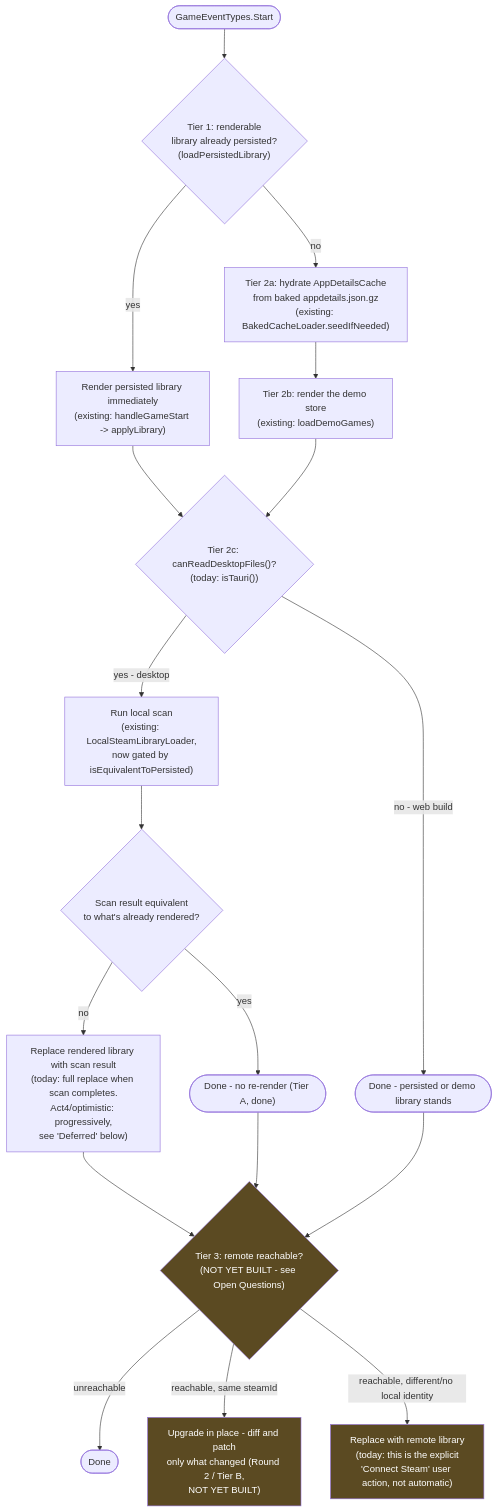
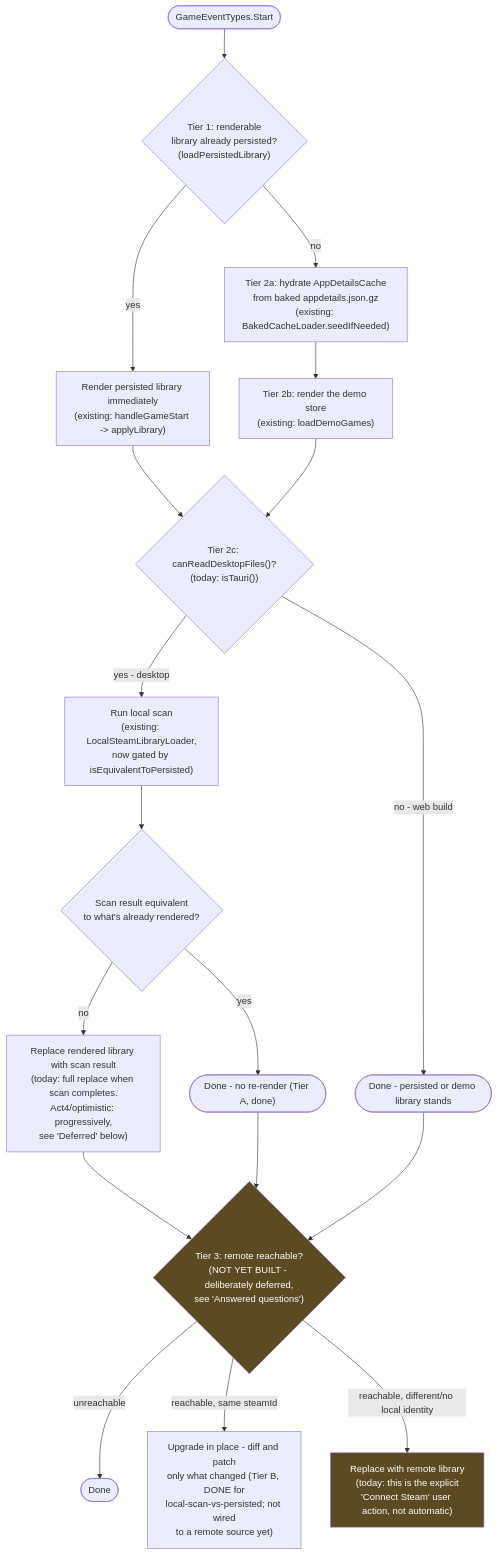
The diagram in docs/plans/desktop-startup-load-ordering-plan.md (EricWehrly/steam-brick-and-mortar), drawn with Mermaid before and after one commit. The commit also changed other lines of this file and 14 other files, not shown here.

````diff
--- a/docs/plans/desktop-startup-load-ordering-plan.md
+++ b/docs/plans/desktop-startup-load-ordering-plan.md
@@ -22,30 +24,29 @@
 ```mermaid
 flowchart TD
     START(["GameEventTypes.Start"]) --> T1{"Tier 1: renderable\nlibrary already persisted?\n(loadPersistedLibrary)"}
 
     T1 -->|yes| RENDER1["Render persisted library immediately\n(existing: handleGameStart -> applyLibrary)"]
     T1 -->|no| SEED["Tier 2a: hydrate AppDetailsCache\nfrom baked appdetails.json.gz\n(existing: BakedCacheLoader.seedIfNeeded)"]
     SEED --> DEMO["Tier 2b: render the demo store\n(existing: loadDemoGames)"]
 
     RENDER1 --> T2C
     DEMO --> T2C{"Tier 2c: canReadDesktopFiles()?\n(today: isTauri())"}
 
     T2C -->|no - web build| DONE1(["Done - persisted or demo library stands"])
     T2C -->|yes - desktop| SCAN["Run local scan\n(existing: LocalSteamLibraryLoader,\nnow gated by isEquivalentToPersisted)"]
 
     SCAN --> EQUIV{"Scan result equivalent\nto what's already rendered?"}
     EQUIV -->|yes| DONE2(["Done - no re-render (Tier A, done)"])
     EQUIV -->|no| REPLACE["Replace rendered library with scan result\n(today: full replace when scan completes.\nAct4/optimistic: progressively,\nsee 'Deferred' below)"]
 
     REPLACE --> T3
-    DONE2 --> T3{"Tier 3: remote reachable?\n(NOT YET BUILT - see Open Questions)"}
+    DONE2 --> T3{"Tier 3: remote reachable?\n(NOT YET BUILT - deliberately deferred,\nsee 'Answered questions')"}
     DONE1 --> T3
 
     T3 -->|unreachable| DONE3(["Done"])
-    T3 -->|reachable, same steamId| REFRESH["Upgrade in place - diff and patch\nonly what changed (Round 2 / Tier B,\nNOT YET BUILT)"]
+    T3 -->|reachable, same steamId| REFRESH["Upgrade in place - diff and patch\nonly what changed (Tier B, DONE for\nlocal-scan-vs-persisted; not wired\nto a remote source yet)"]
     T3 -->|reachable, different/no local identity| REPLACE2["Replace with remote library\n(today: this is the explicit\n'Connect Steam' user action, not automatic)"]
 
     style T3 fill:#5b4a22,color:#fff
-    style REFRESH fill:#5b4a22,color:#fff
     style REPLACE2 fill:#5b4a22,color:#fff
 ```
````
